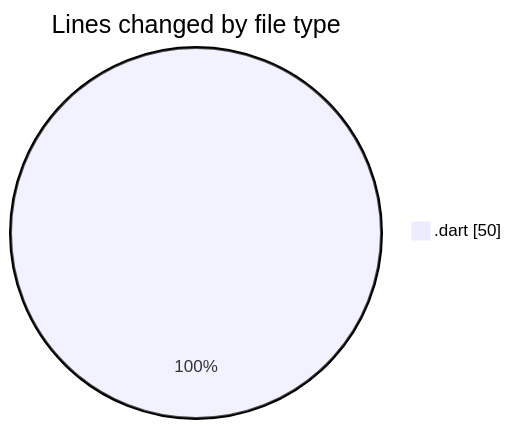
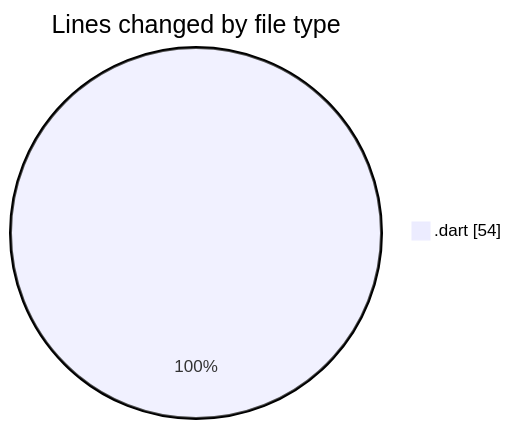
Before and after one commit to donsfak/code-tracking: the first of 2 diagrams in 2025-01-13/trackers_app/README.md, drawn with Mermaid. The commit also changed other lines of this file and 1 other file, not shown here.

````diff
--- a/2025-01-13/trackers_app/README.md
+++ b/2025-01-13/trackers_app/README.md
@@ -21,5 +21,5 @@
 ```mermaid
 pie showData
 title Lines changed by file type
-".dart" : 50
+".dart" : 54
 ```
````
